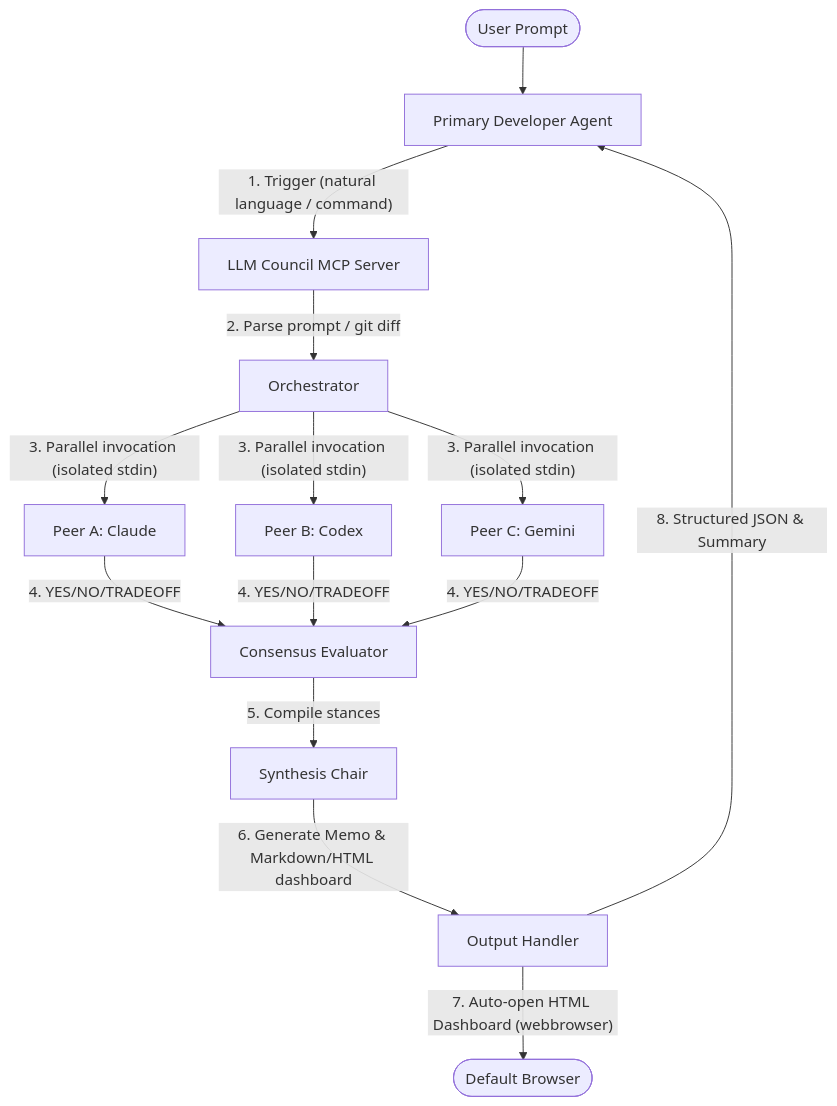
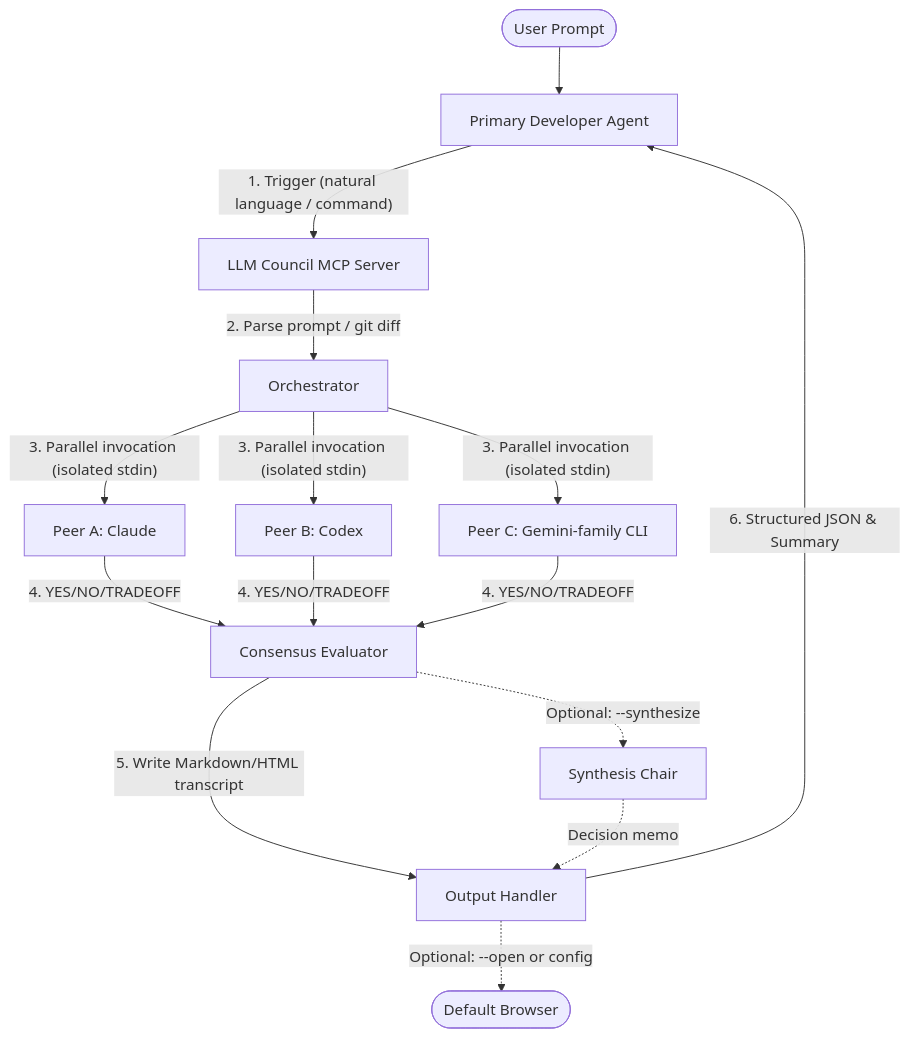
One commit to Intellimetrics/llm-council changed the diagram in README.md. Above: the diagram before and after it, drawn with Mermaid. The commit also changed other lines of this file and 43 other files, not shown here.

````diff
--- a/README.md
+++ b/README.md
@@ -22,16 +22,17 @@
 ```mermaid
 graph TD
     User([User Prompt]) --> Agent[Primary Developer Agent]
     Agent -- "1. Trigger (natural language / command)" --> Server[LLM Council MCP Server]
     Server -- "2. Parse prompt / git diff" --> Orchestrator[Orchestrator]
     Orchestrator -- "3. Parallel invocation (isolated stdin)" --> PeerA[Peer A: Claude]
     Orchestrator -- "3. Parallel invocation (isolated stdin)" --> PeerB[Peer B: Codex]
-    Orchestrator -- "3. Parallel invocation (isolated stdin)" --> PeerC[Peer C: Gemini]
+    Orchestrator -- "3. Parallel invocation (isolated stdin)" --> PeerC[Peer C: Gemini-family CLI]
     PeerA -- "4. YES/NO/TRADEOFF" --> Consensus[Consensus Evaluator]
     PeerB -- "4. YES/NO/TRADEOFF" --> Consensus
     PeerC -- "4. YES/NO/TRADEOFF" --> Consensus
-    Consensus -- "5. Compile stances" --> Synth[Synthesis Chair]
-    Synth -- "6. Generate Memo & Markdown/HTML dashboard" --> Out[Output Handler]
-    Out -- "7. Auto-open HTML Dashboard (webbrowser)" --> Browser([Default Browser])
-    Out -- "8. Structured JSON & Summary" --> Agent
+    Consensus -- "5. Write Markdown/HTML transcript" --> Out[Output Handler]
+    Consensus -. "Optional: --synthesize" .-> Synth[Synthesis Chair]
+    Synth -. "Decision memo" .-> Out
+    Out -. "Optional: --open or config" .-> Browser([Default Browser])
+    Out -- "6. Structured JSON & Summary" --> Agent
 ```
````
